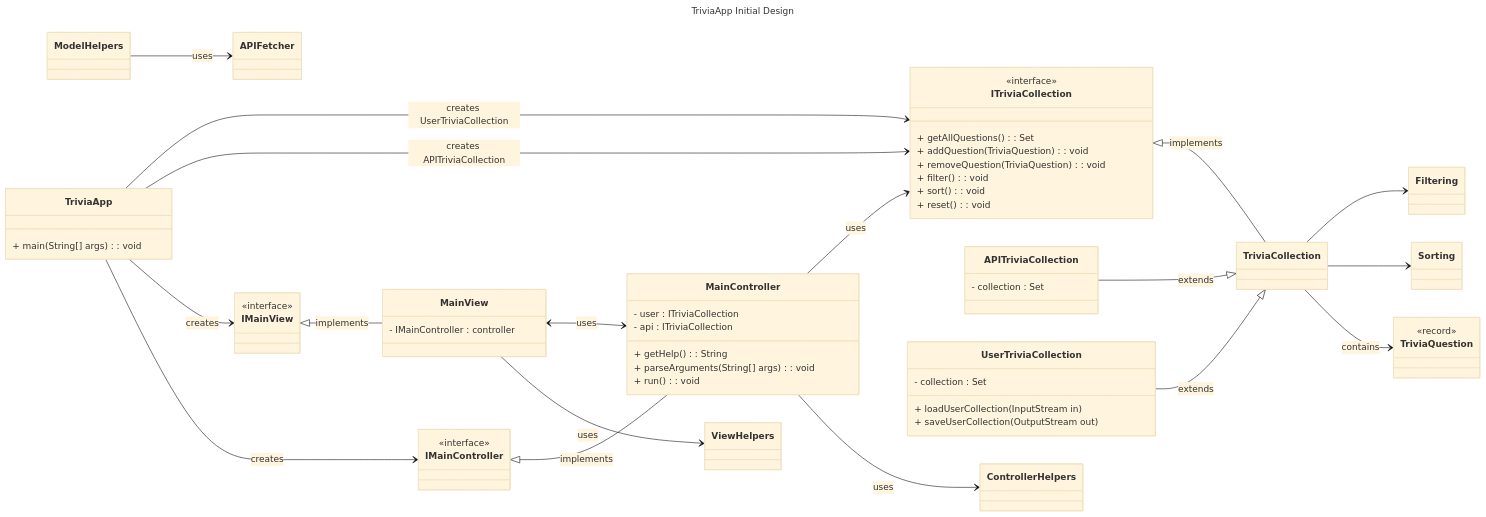
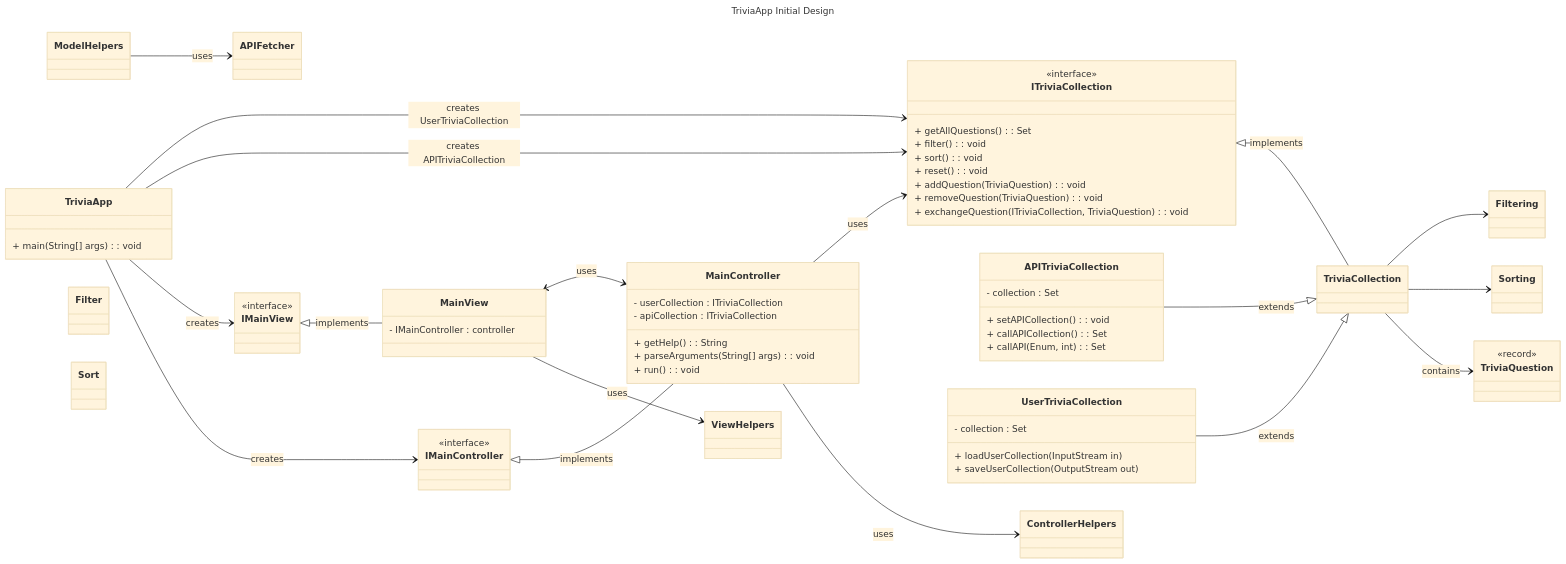
One commit to Su24-CS5004-Online-Lionelle/final-project-group-8 changed the diagram in DesignDocuments/InitialDesign.md. Above: the diagram before and after it, drawn with Mermaid (base theme).

Commit message:
docs: updated UML

````diff
--- a/DesignDocuments/InitialDesign.md
+++ b/DesignDocuments/InitialDesign.md
@@ -63,11 +63,26 @@
    }
 
    class MainController {
-      - user : ITriviaCollection
-      - api : ITriviaCollection
+      - userCollection : ITriviaCollection
+      - apiCollection : ITriviaCollection
       + getHelp() : String
       + parseArguments(String[] args) : void
       + run() : void
+   }
+
+   class ITriviaCollection {
+      <<interface>>
+      + getAllQuestions() : Set<TriviaQuestion>
+      + filter() : void
+      + sort() : void
+      + reset() : void
+      + addQuestion(TriviaQuestion) : void
+      + removeQuestion(TriviaQuestion) : void
+      + exchangeQuestion(ITriviaCollection, TriviaQuestion) : void
+   }
+
+   class TriviaCollection {
+
    }
 
    class UserTriviaCollection {
@@ -78,19 +93,21 @@
 
    class APITriviaCollection {
       - collection : Set<TriviaQuestion>
+      + setAPICollection() : void
+      + callAPICollection() : Set<TriviaQuestion>
+      + callAPI(Enum, int) : Set<TriviaQuestion>
    }
 
-   class ITriviaCollection {
-      <<interface>>
-      + getAllQuestions() : Set<TriviaQuestion>
-      + addQuestion(TriviaQuestion) : void
-      + removeQuestion(TriviaQuestion) : void
-      + filter() : void
-      + sort() : void
-      + reset() : void
+   class TriviaQuestion {
+      <<record>>
+
    }
 
-   class TriviaCollection {
+   class Filter {
+
+   }
+
+   class Sort {
 
    }
 
@@ -109,18 +126,5 @@
    class ViewHelpers {
        
    }
-   
-   class TriviaQuestion {
-      <<record>>
-
-   }
-
-   class Filtering {
-
-   }
-
-   class Sorting {
-
-   }
 
 ```
````
